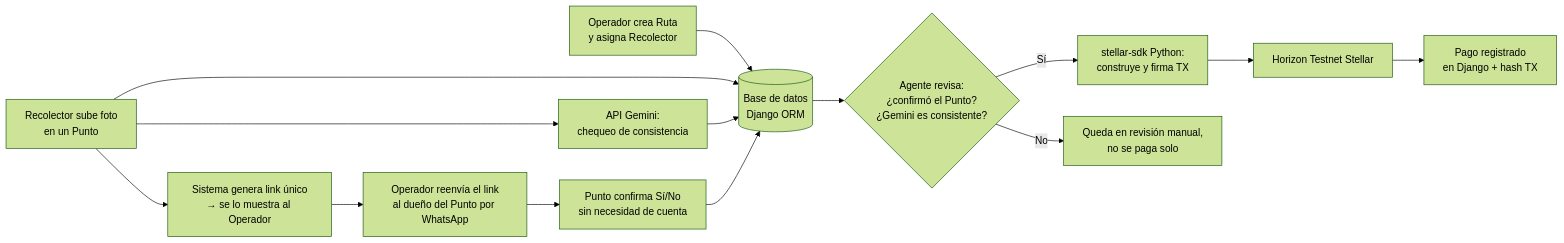
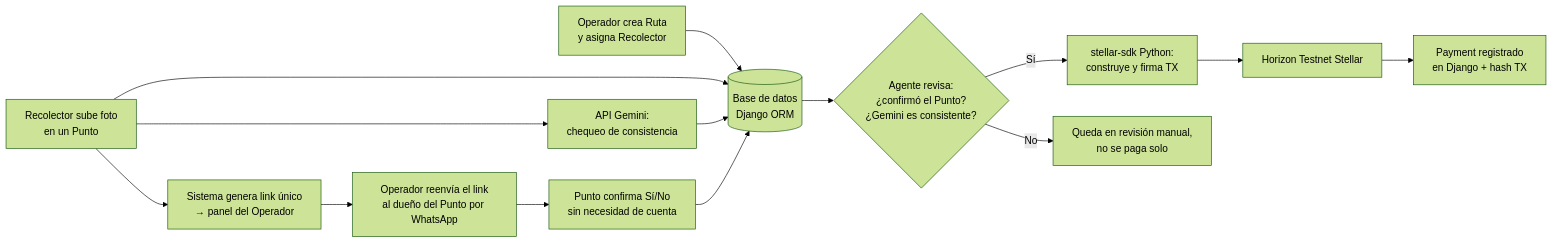
One commit to luislinodev/AgenteKipu changed the diagram in docs/architecture.md. Above: the diagram before and after it, drawn with Mermaid (forest theme). The commit also changed other lines of this file and 21 other files, not shown here.

Commit message:
Implement confirmation flow for collection points, including new templates for operators and collectors, and update views and URLs accordingly. Add login functionality and integrate Gemini API for consistency checks. Enhance the dashboard and panel interfaces for better user experience.

````diff
--- a/docs/architecture.md
+++ b/docs/architecture.md
@@ -28,16 +28,16 @@
 ```mermaid
 flowchart LR
     A[Operador crea Ruta<br/>y asigna Recolector] --> B[(Base de datos<br/>Django ORM)]
     C[Recolector sube foto<br/>en un Punto] --> B
     C --> D[API Gemini:<br/>chequeo de consistencia]
     D --> B
-    C --> E[Sistema genera link único<br/>→ se lo muestra al Operador]
+    C --> E[Sistema genera link único<br/>→ panel del Operador]
     E --> F[Operador reenvía el link<br/>al dueño del Punto por WhatsApp]
     F --> G[Punto confirma Sí/No<br/>sin necesidad de cuenta]
     G --> B
     B --> H{Agente revisa:<br/>¿confirmó el Punto?<br/>¿Gemini es consistente?}
     H -- Sí --> I[stellar-sdk Python:<br/>construye y firma TX]
     I --> J[Horizon Testnet Stellar]
-    J --> K[Pago registrado<br/>en Django + hash TX]
+    J --> K[Payment registrado<br/>en Django + hash TX]
     H -- No --> L[Queda en revisión manual,<br/>no se paga solo]
 ```
````
